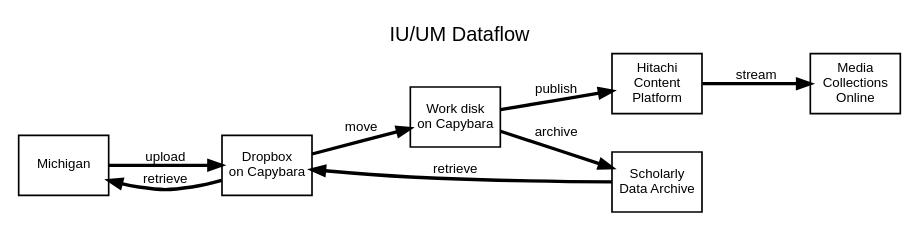
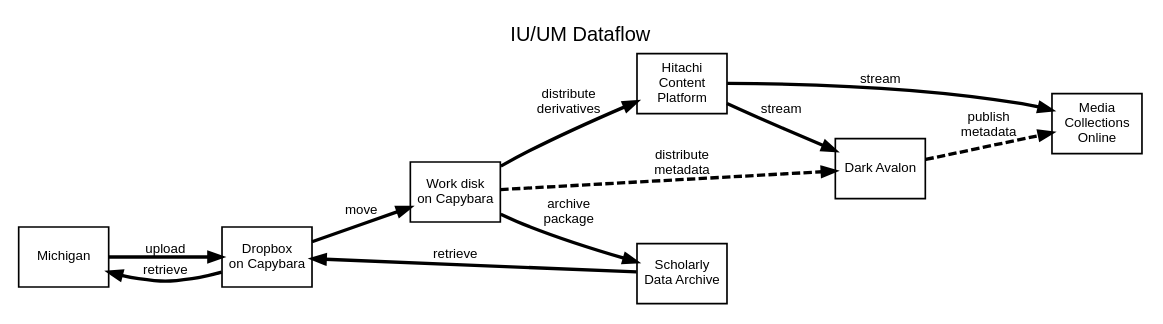
Before and after one commit to AMI-Pilot/transfer_processing: the diagram in docs/dataflow.dot, drawn with Graphviz. The commit also changed 2 other files, not shown here.

```diff
--- a/docs/dataflow.dot
+++ b/docs/dataflow.dot
@@ -1,42 +1,48 @@
 digraph {
     /* my usual settings */
     node [
         margin = 0,
         fontsize = 8,
         fontname = "Helvetica",
         shape = "rectangle",
         ];
     edge [
         margin = 0,
         fontsize = 8,
         fontname = "Helvetica",
         arrowsize = .75,
         colorscheme = "set312",
         penwidth = 2,
         ];
     graph [
         labelloc = t,
         fontsize = 12,
         fontname = "Helvetica",
         rankdir = LR,
         ];
 
     label = "IU/UM Dataflow";
 
     um [label="Michigan"];
     dropbox [label="Dropbox\non Capybara"];
     workspace [label="Work disk\non Capybara"];
     sda [label="Scholarly\nData Archive"];
     hcp [label="Hitachi\nContent\nPlatform"];
+    dark_avalon [label="Dark Avalon"];
     avalon [label="Media\nCollections\nOnline"];
 
     um -> dropbox [label="upload"];
     dropbox -> workspace [label="move"];
-    workspace -> sda [label="archive"];
-    workspace -> hcp [label="publish"];
+    workspace -> sda [label="archive\npackage"];
+    workspace -> hcp [label="distribute\nderivatives"];
+    hcp -> dark_avalon [label="stream"];
     hcp -> avalon [label="stream"];
     sda -> dropbox [label="retrieve"];
     dropbox -> um [label="retrieve"];
 
+    // metadata
+    workspace -> dark_avalon [label="distribute\nmetadata", style="dashed"];
+    dark_avalon -> avalon [label="publish\nmetadata", style="dashed"];
+
 
 }
```
